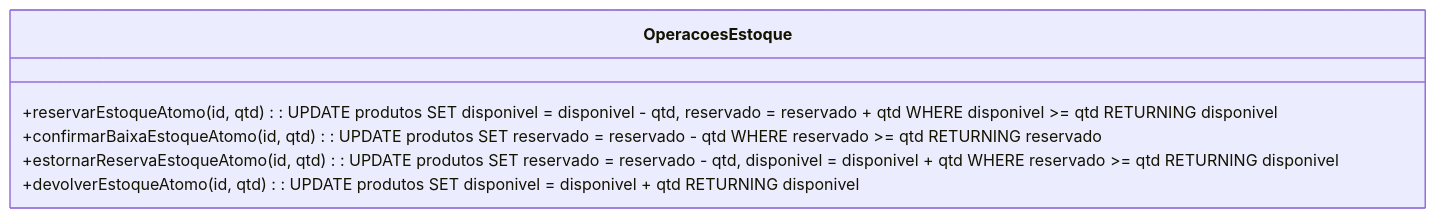
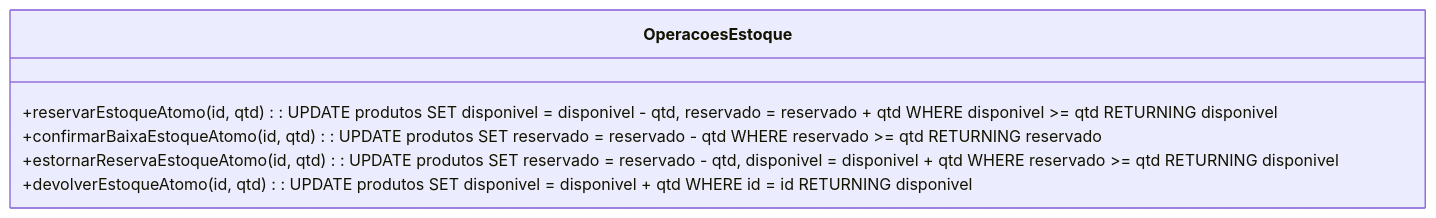
Before and after one commit to iXDGabrielTK/petshop-microservices: the second of 5 diagrams in docs/domains/inventory.md, drawn with Mermaid. The commit also changed other lines of this file and 3 other files, not shown here.

````diff
--- a/docs/domains/inventory.md
+++ b/docs/domains/inventory.md
@@ -43,9 +46,9 @@
 ```mermaid
 classDiagram
     class OperacoesEstoque {
         +reservarEstoqueAtomo(id, qtd) : UPDATE produtos SET disponivel = disponivel - qtd, reservado = reservado + qtd WHERE disponivel >= qtd RETURNING disponivel
         +confirmarBaixaEstoqueAtomo(id, qtd) : UPDATE produtos SET reservado = reservado - qtd WHERE reservado >= qtd RETURNING reservado
         +estornarReservaEstoqueAtomo(id, qtd) : UPDATE produtos SET reservado = reservado - qtd, disponivel = disponivel + qtd WHERE reservado >= qtd RETURNING disponivel
-        +devolverEstoqueAtomo(id, qtd) : UPDATE produtos SET disponivel = disponivel + qtd RETURNING disponivel
+        +devolverEstoqueAtomo(id, qtd) : UPDATE produtos SET disponivel = disponivel + qtd WHERE id = id RETURNING disponivel
     }
 ```
````
